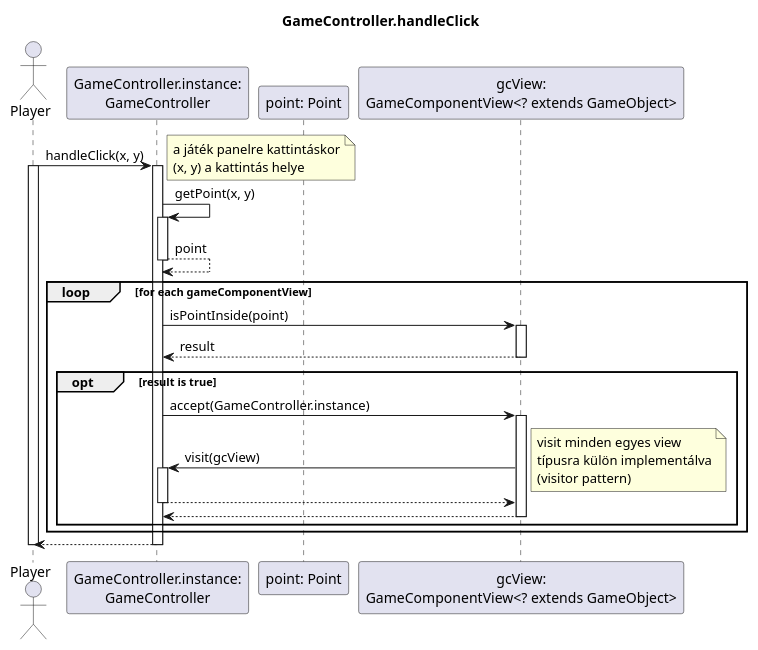
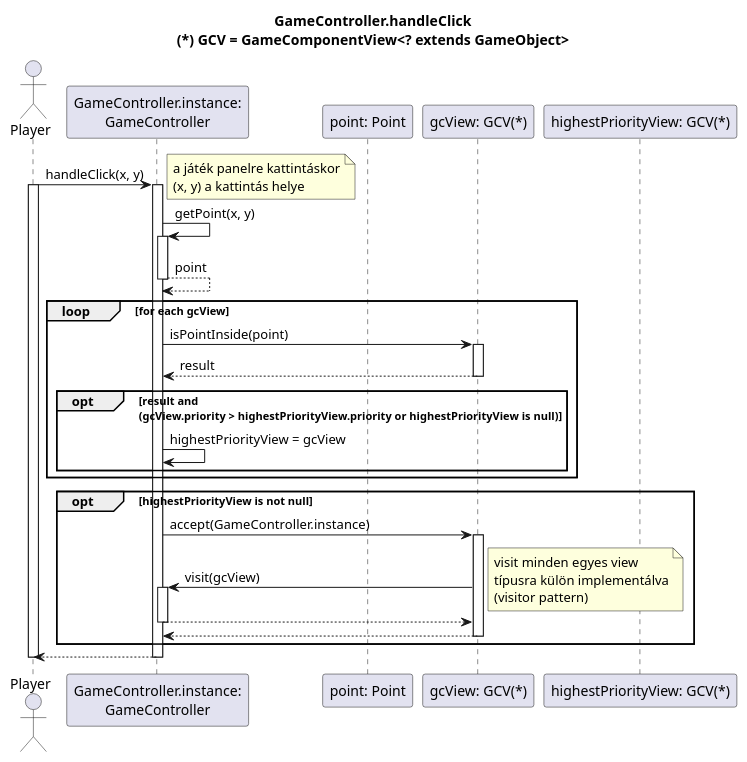
Before and after one commit to dzsem/projlab: the diagram in diagrams/mvc-sequence/handleClick.plantuml, drawn with PlantUML.

Commit message:
Priorities

```diff
--- a/diagrams/mvc-sequence/handleClick.plantuml
+++ b/diagrams/mvc-sequence/handleClick.plantuml
@@ -1,49 +1,54 @@
 @startuml handleClick
 
-title GameController.handleClick
+title GameController.handleClick\n(*) GCV = GameComponentView<? extends GameObject>
 
 actor "Player" as p
 participant "GameController.instance:\nGameController" as gc
 
 participant "point: Point" as point
-participant "gcView:\nGameComponentView<? extends GameObject>" as c
+participant "gcView: GCV(*)" as c
+participant "highestPriorityView: GCV(*)"
 
 p -> gc: handleClick(x, y)
 note right: a játék panelre kattintáskor\n(x, y) a kattintás helye
 activate p
 activate gc
 
 	gc -> gc: getPoint(x, y)
 	activate gc
 
 	gc --> gc: point
 	deactivate gc
 
-	loop for each gameComponentView
+	loop for each gcView
 		gc -> c: isPointInside(point)
 		activate c
 
 		gc <-- c: result
 		deactivate c
 
-		opt result is true
-			gc -> c: accept(GameController.instance)
-			activate c
+		opt result and\n(gcView.priority > highestPriorityView.priority or highestPriorityView is null)
+			gc -> gc: highestPriorityView = gcView
+		end
+	end
 
-				c -> gc: visit(gcView)
-				note right: visit minden egyes view\ntípusra külön implementálva\n(visitor pattern)
-				activate gc
+	opt highestPriorityView is not null
+		gc -> c: accept(GameController.instance)
+		activate c
 
-				gc --> c
-				deactivate gc
+			c -> gc: visit(gcView)
+			note right: visit minden egyes view\ntípusra külön implementálva\n(visitor pattern)
+			activate gc
 
-			c --> gc
-			deactivate c
-		end
+			gc --> c
+			deactivate gc
+
+		c --> gc
+		deactivate c
 	end
 
 p <-- gc
 deactivate p
 deactivate gc
 
 @enduml
```
